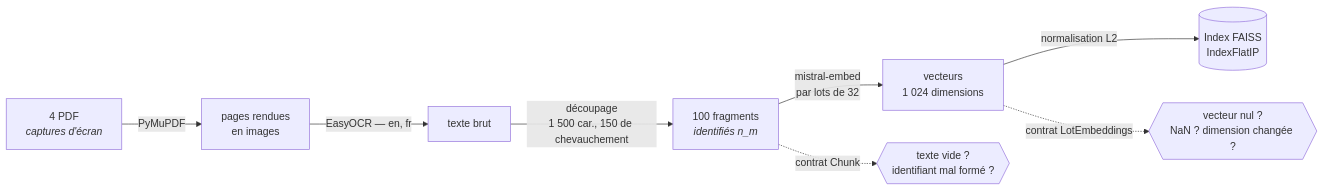
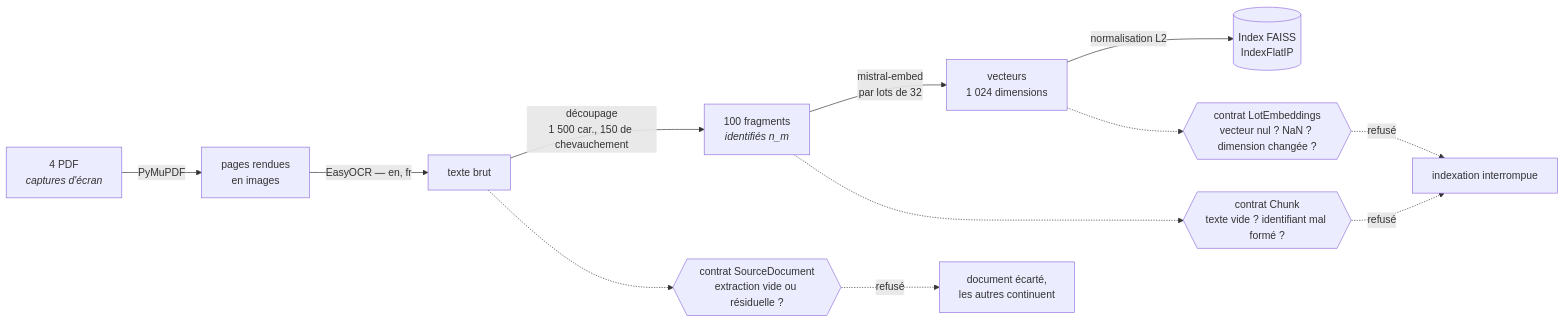
One commit to FaizaKh93/Projet10_mission changed the third of 5 diagrams in README.md. Above: the diagram before and after it, drawn with Mermaid. The commit also changed other lines of this file and 8 other files, not shown here.

````diff
--- a/README.md
+++ b/README.md
@@ -194,11 +209,16 @@
 ```mermaid
 flowchart LR
     PDF["4 PDF<br/><i>captures d'écran</i>"] -->|"PyMuPDF"| IMG["pages rendues<br/>en images"]
     IMG -->|"EasyOCR — en, fr"| TXT["texte brut"]
     TXT -->|"découpage<br/>1 500 car., 150 de chevauchement"| CH["100 fragments<br/><i>identifiés n_m</i>"]
     CH -->|"mistral-embed<br/>par lots de 32"| VEC["vecteurs<br/>1 024 dimensions"]
     VEC -->|"normalisation L2"| IDX[("Index FAISS<br/>IndexFlatIP")]
 
-    CH -.->|"contrat Chunk"| G1{{"texte vide ?<br/>identifiant mal formé ?"}}
-    VEC -.->|"contrat LotEmbeddings"| G2{{"vecteur nul ?<br/>NaN ? dimension changée ?"}}
+    TXT -.-> C1{{"contrat SourceDocument<br/>extraction vide ou résiduelle ?"}}
+    CH -.-> C2{{"contrat Chunk<br/>texte vide ? identifiant mal formé ?"}}
+    VEC -.-> C3{{"contrat LotEmbeddings<br/>vecteur nul ? NaN ? dimension changée ?"}}
+
+    C1 -.->|"refusé"| ECARTE["document écarté,<br/>les autres continuent"]
+    C2 -.->|"refusé"| STOP["indexation interrompue"]
+    C3 -.->|"refusé"| STOP
 ```
````
